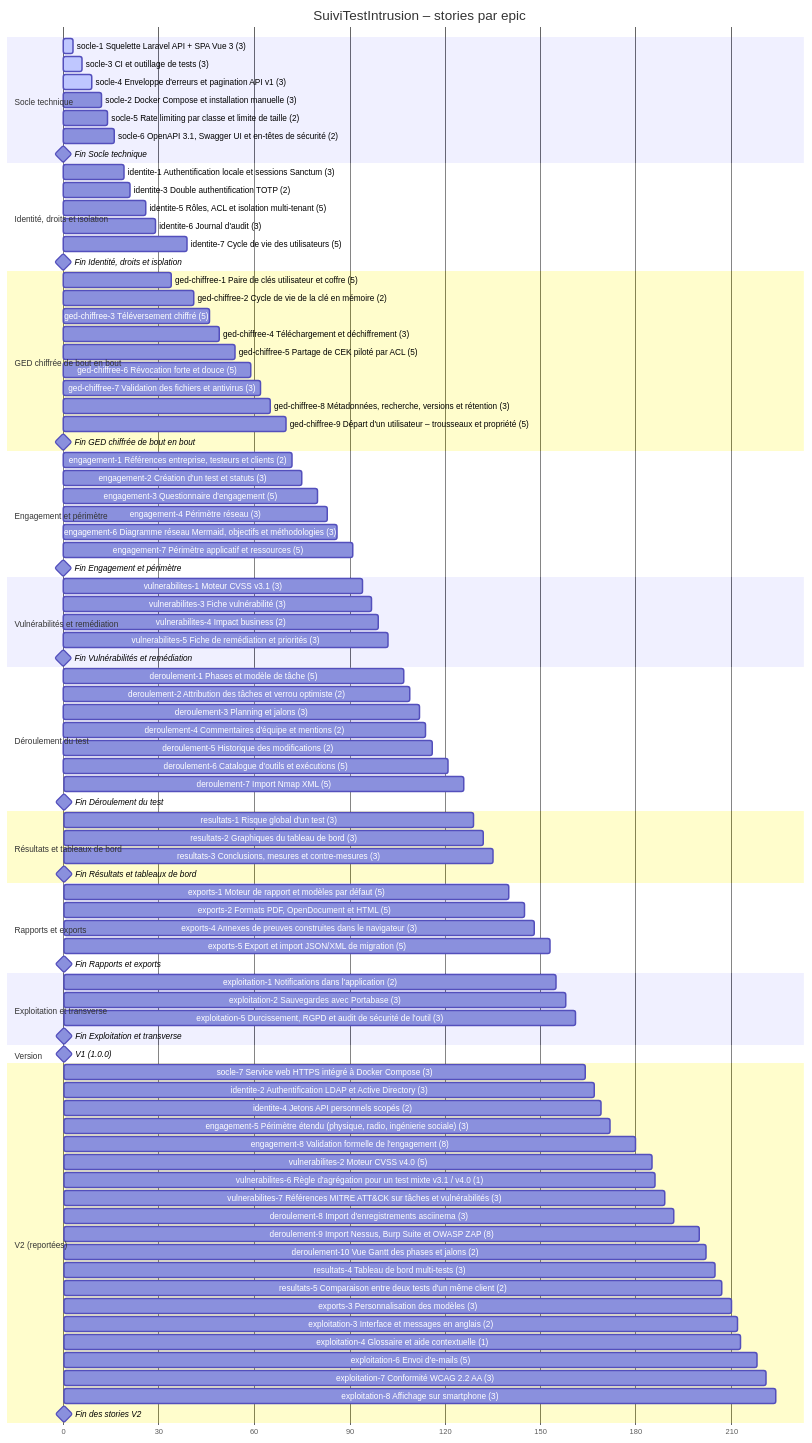
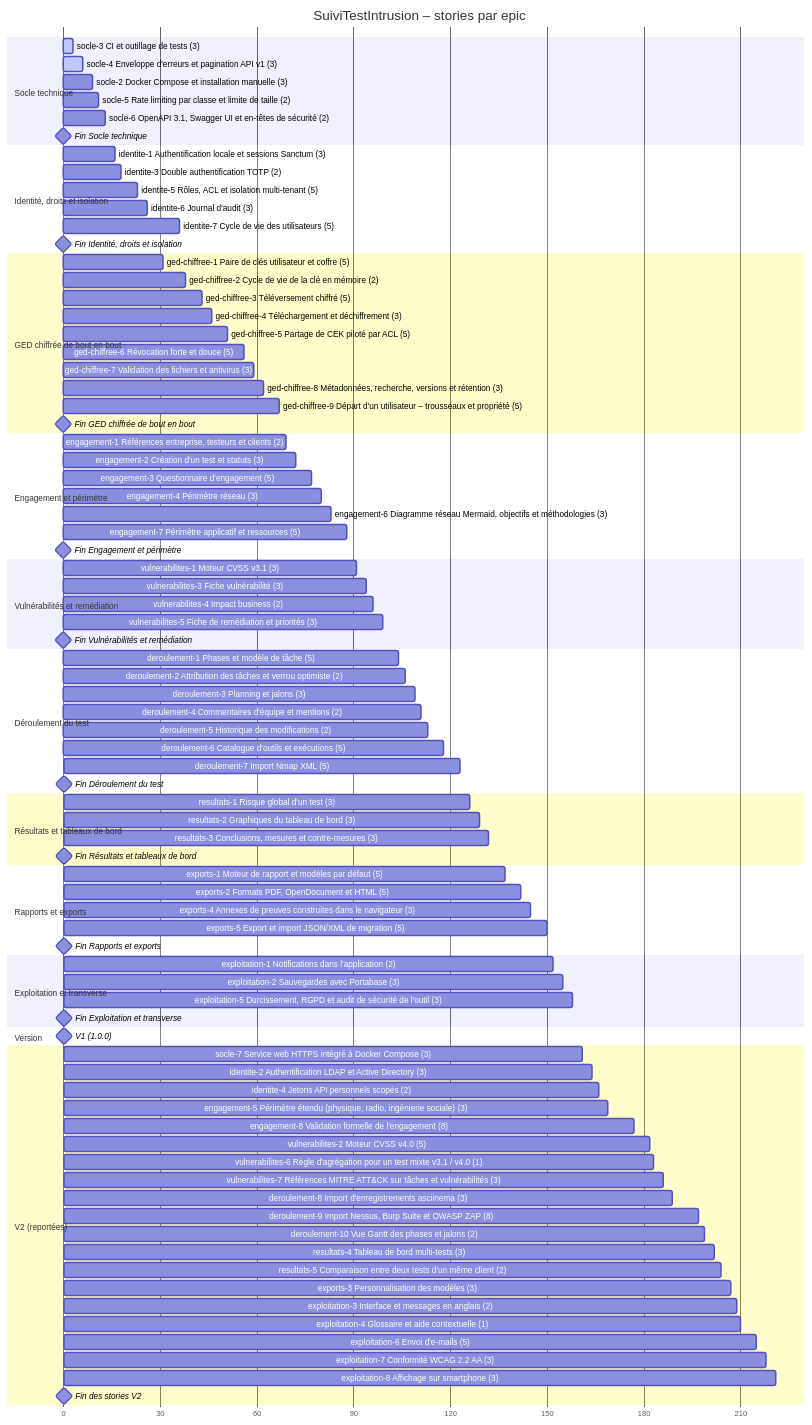
The second of 2 diagrams in docs/20-29 Développement/22 Planification/22.01 Planification du développement.md (ILPlais/SuiviTestIntrusion), drawn with Mermaid before and after one commit. The commit also changed other lines of this file and 4 other files, not shown here.

````diff
--- a/docs/20-29 Développement/22 Planification/22.01 Planification du développement.md
+++ b/docs/20-29 Développement/22 Planification/22.01 Planification du développement.md
@@ -76,91 +76,90 @@
     dateFormat X
     axisFormat %s
     section Socle technique
-    socle-1 Squelette Laravel API + SPA Vue 3 (3) :active, socle_1, 0, 3
-    socle-3 CI et outillage de tests (3) :active, socle_3, 3, 6
-    socle-4 Enveloppe d'erreurs et pagination API v1 (3) :active, socle_4, 6, 9
-    socle-2 Docker Compose et installation manuelle (3) :socle_2, 9, 12
-    socle-5 Rate limiting par classe et limite de taille (2) :socle_5, 12, 14
-    socle-6 OpenAPI 3.1, Swagger UI et en-têtes de sécurité (2) :socle_6, 14, 16
-    Fin Socle technique :milestone, m_socle, 16, 0d
+    socle-3 CI et outillage de tests (3) :active, socle_3, 0, 3
+    socle-4 Enveloppe d'erreurs et pagination API v1 (3) :active, socle_4, 3, 6
+    socle-2 Docker Compose et installation manuelle (3) :socle_2, 6, 9
+    socle-5 Rate limiting par classe et limite de taille (2) :socle_5, 9, 11
+    socle-6 OpenAPI 3.1, Swagger UI et en-têtes de sécurité (2) :socle_6, 11, 13
+    Fin Socle technique :milestone, m_socle, 13, 0d
     section Identité, droits et isolation
-    identite-1 Authentification locale et sessions Sanctum (3) :identite_1, 16, 19
-    identite-3 Double authentification TOTP (2) :identite_3, 19, 21
-    identite-5 Rôles, ACL et isolation multi-tenant (5) :identite_5, 21, 26
-    identite-6 Journal d'audit (3) :identite_6, 26, 29
-    identite-7 Cycle de vie des utilisateurs (5) :identite_7, 34, 39
-    Fin Identité, droits et isolation :milestone, m_identite, 39, 0d
+    identite-1 Authentification locale et sessions Sanctum (3) :identite_1, 13, 16
+    identite-3 Double authentification TOTP (2) :identite_3, 16, 18
+    identite-5 Rôles, ACL et isolation multi-tenant (5) :identite_5, 18, 23
+    identite-6 Journal d'audit (3) :identite_6, 23, 26
+    identite-7 Cycle de vie des utilisateurs (5) :identite_7, 31, 36
+    Fin Identité, droits et isolation :milestone, m_identite, 36, 0d
     section GED chiffrée de bout en bout
-    ged-chiffree-1 Paire de clés utilisateur et coffre (5) :ged_chiffree_1, 29, 34
-    ged-chiffree-2 Cycle de vie de la clé en mémoire (2) :ged_chiffree_2, 39, 41
-    ged-chiffree-3 Téléversement chiffré (5) :ged_chiffree_3, 41, 46
-    ged-chiffree-4 Téléchargement et déchiffrement (3) :ged_chiffree_4, 46, 49
-    ged-chiffree-5 Partage de CEK piloté par ACL (5) :ged_chiffree_5, 49, 54
-    ged-chiffree-6 Révocation forte et douce (5) :ged_chiffree_6, 54, 59
-    ged-chiffree-7 Validation des fichiers et antivirus (3) :ged_chiffree_7, 59, 62
-    ged-chiffree-8 Métadonnées, recherche, versions et rétention (3) :ged_chiffree_8, 62, 65
-    ged-chiffree-9 Départ d'un utilisateur – trousseaux et propriété (5) :ged_chiffree_9, 65, 70
-    Fin GED chiffrée de bout en bout :milestone, m_ged_chiffree, 70, 0d
+    ged-chiffree-1 Paire de clés utilisateur et coffre (5) :ged_chiffree_1, 26, 31
+    ged-chiffree-2 Cycle de vie de la clé en mémoire (2) :ged_chiffree_2, 36, 38
+    ged-chiffree-3 Téléversement chiffré (5) :ged_chiffree_3, 38, 43
+    ged-chiffree-4 Téléchargement et déchiffrement (3) :ged_chiffree_4, 43, 46
+    ged-chiffree-5 Partage de CEK piloté par ACL (5) :ged_chiffree_5, 46, 51
+    ged-chiffree-6 Révocation forte et douce (5) :ged_chiffree_6, 51, 56
+    ged-chiffree-7 Validation des fichiers et antivirus (3) :ged_chiffree_7, 56, 59
+    ged-chiffree-8 Métadonnées, recherche, versions et rétention (3) :ged_chiffree_8, 59, 62
+    ged-chiffree-9 Départ d'un utilisateur – trousseaux et propriété (5) :ged_chiffree_9, 62, 67
+    Fin GED chiffrée de bout en bout :milestone, m_ged_chiffree, 67, 0d
     section Engagement et périmètre
-    engagement-1 Références entreprise, testeurs et clients (2) :engagement_1, 70, 72
-    engagement-2 Création d'un test et statuts (3) :engagement_2, 72, 75
-    engagement-3 Questionnaire d'engagement (5) :engagement_3, 75, 80
-    engagement-4 Périmètre réseau (3) :engagement_4, 80, 83
-    engagement-6 Diagramme réseau Mermaid, objectifs et méthodologies (3) :engagement_6, 83, 86
-    engagement-7 Périmètre applicatif et ressources (5) :engagement_7, 86, 91
-    Fin Engagement et périmètre :milestone, m_engagement, 91, 0d
+    engagement-1 Références entreprise, testeurs et clients (2) :engagement_1, 67, 69
+    engagement-2 Création d'un test et statuts (3) :engagement_2, 69, 72
+    engagement-3 Questionnaire d'engagement (5) :engagement_3, 72, 77
+    engagement-4 Périmètre réseau (3) :engagement_4, 77, 80
+    engagement-6 Diagramme réseau Mermaid, objectifs et méthodologies (3) :engagement_6, 80, 83
+    engagement-7 Périmètre applicatif et ressources (5) :engagement_7, 83, 88
+    Fin Engagement et périmètre :milestone, m_engagement, 88, 0d
     section Vulnérabilités et remédiation
-    vulnerabilites-1 Moteur CVSS v3.1 (3) :vulnerabilites_1, 91, 94
-    vulnerabilites-3 Fiche vulnérabilité (3) :vulnerabilites_3, 94, 97
-    vulnerabilites-4 Impact business (2) :vulnerabilites_4, 97, 99
-    vulnerabilites-5 Fiche de remédiation et priorités (3) :vulnerabilites_5, 99, 102
-    Fin Vulnérabilités et remédiation :milestone, m_vulnerabilites, 102, 0d
+    vulnerabilites-1 Moteur CVSS v3.1 (3) :vulnerabilites_1, 88, 91
+    vulnerabilites-3 Fiche vulnérabilité (3) :vulnerabilites_3, 91, 94
+    vulnerabilites-4 Impact business (2) :vulnerabilites_4, 94, 96
+    vulnerabilites-5 Fiche de remédiation et priorités (3) :vulnerabilites_5, 96, 99
+    Fin Vulnérabilités et remédiation :milestone, m_vulnerabilites, 99, 0d
     section Déroulement du test
-    deroulement-1 Phases et modèle de tâche (5) :deroulement_1, 102, 107
-    deroulement-2 Attribution des tâches et verrou optimiste (2) :deroulement_2, 107, 109
-    deroulement-3 Planning et jalons (3) :deroulement_3, 109, 112
-    deroulement-4 Commentaires d'équipe et mentions (2) :deroulement_4, 112, 114
-    deroulement-5 Historique des modifications (2) :deroulement_5, 114, 116
-    deroulement-6 Catalogue d'outils et exécutions (5) :deroulement_6, 116, 121
-    deroulement-7 Import Nmap XML (5) :deroulement_7, 121, 126
-    Fin Déroulement du test :milestone, m_deroulement, 126, 0d
+    deroulement-1 Phases et modèle de tâche (5) :deroulement_1, 99, 104
+    deroulement-2 Attribution des tâches et verrou optimiste (2) :deroulement_2, 104, 106
+    deroulement-3 Planning et jalons (3) :deroulement_3, 106, 109
+    deroulement-4 Commentaires d'équipe et mentions (2) :deroulement_4, 109, 111
+    deroulement-5 Historique des modifications (2) :deroulement_5, 111, 113
+    deroulement-6 Catalogue d'outils et exécutions (5) :deroulement_6, 113, 118
+    deroulement-7 Import Nmap XML (5) :deroulement_7, 118, 123
+    Fin Déroulement du test :milestone, m_deroulement, 123, 0d
     section Résultats et tableaux de bord
-    resultats-1 Risque global d'un test (3) :resultats_1, 126, 129
-    resultats-2 Graphiques du tableau de bord (3) :resultats_2, 129, 132
-    resultats-3 Conclusions, mesures et contre-mesures (3) :resultats_3, 132, 135
-    Fin Résultats et tableaux de bord :milestone, m_resultats, 135, 0d
+    resultats-1 Risque global d'un test (3) :resultats_1, 123, 126
+    resultats-2 Graphiques du tableau de bord (3) :resultats_2, 126, 129
+    resultats-3 Conclusions, mesures et contre-mesures (3) :resultats_3, 129, 132
+    Fin Résultats et tableaux de bord :milestone, m_resultats, 132, 0d
     section Rapports et exports
-    exports-1 Moteur de rapport et modèles par défaut (5) :exports_1, 135, 140
-    exports-2 Formats PDF, OpenDocument et HTML (5) :exports_2, 140, 145
-    exports-4 Annexes de preuves construites dans le navigateur (3) :exports_4, 145, 148
-    exports-5 Export et import JSON/XML de migration (5) :exports_5, 148, 153
-    Fin Rapports et exports :milestone, m_exports, 153, 0d
+    exports-1 Moteur de rapport et modèles par défaut (5) :exports_1, 132, 137
+    exports-2 Formats PDF, OpenDocument et HTML (5) :exports_2, 137, 142
+    exports-4 Annexes de preuves construites dans le navigateur (3) :exports_4, 142, 145
+    exports-5 Export et import JSON/XML de migration (5) :exports_5, 145, 150
+    Fin Rapports et exports :milestone, m_exports, 150, 0d
     section Exploitation et transverse
-    exploitation-1 Notifications dans l'application (2) :exploitation_1, 153, 155
-    exploitation-2 Sauvegardes avec Portabase (3) :exploitation_2, 155, 158
-    exploitation-5 Durcissement, RGPD et audit de sécurité de l'outil (3) :exploitation_5, 158, 161
-    Fin Exploitation et transverse :milestone, m_exploitation, 161, 0d
+    exploitation-1 Notifications dans l'application (2) :exploitation_1, 150, 152
+    exploitation-2 Sauvegardes avec Portabase (3) :exploitation_2, 152, 155
+    exploitation-5 Durcissement, RGPD et audit de sécurité de l'outil (3) :exploitation_5, 155, 158
+    Fin Exploitation et transverse :milestone, m_exploitation, 158, 0d
     section Version
-    V1 (1.0.0) :milestone, v1d, 161, 0d
+    V1 (1.0.0) :milestone, v1d, 158, 0d
     section V2 (reportées)
-    socle-7 Service web HTTPS intégré à Docker Compose (3) :socle_7, 161, 164
-    identite-2 Authentification LDAP et Active Directory (3) :identite_2, 164, 167
-    identite-4 Jetons API personnels scopés (2) :identite_4, 167, 169
-    engagement-5 Périmètre étendu (physique, radio, ingénierie sociale) (3) :engagement_5, 169, 172
-    engagement-8 Validation formelle de l'engagement (8) :engagement_8, 172, 180
-    vulnerabilites-2 Moteur CVSS v4.0 (5) :vulnerabilites_2, 180, 185
-    vulnerabilites-6 Règle d'agrégation pour un test mixte v3.1 / v4.0 (1) :vulnerabilites_6, 185, 186
-    vulnerabilites-7 Références MITRE ATT&CK sur tâches et vulnérabilités (3) :vulnerabilites_7, 186, 189
-    deroulement-8 Import d'enregistrements asciinema (3) :deroulement_8, 189, 192
-    deroulement-9 Import Nessus, Burp Suite et OWASP ZAP (8) :deroulement_9, 192, 200
-    deroulement-10 Vue Gantt des phases et jalons (2) :deroulement_10, 200, 202
-    resultats-4 Tableau de bord multi-tests (3) :resultats_4, 202, 205
-    resultats-5 Comparaison entre deux tests d'un même client (2) :resultats_5, 205, 207
-    exports-3 Personnalisation des modèles (3) :exports_3, 207, 210
-    exploitation-3 Interface et messages en anglais (2) :exploitation_3, 210, 212
-    exploitation-4 Glossaire et aide contextuelle (1) :exploitation_4, 212, 213
-    exploitation-6 Envoi d'e-mails (5) :exploitation_6, 213, 218
-    exploitation-7 Conformité WCAG 2.2 AA (3) :exploitation_7, 218, 221
-    exploitation-8 Affichage sur smartphone (3) :exploitation_8, 221, 224
-    Fin des stories V2 :milestone, v2d, 224, 0d
+    socle-7 Service web HTTPS intégré à Docker Compose (3) :socle_7, 158, 161
+    identite-2 Authentification LDAP et Active Directory (3) :identite_2, 161, 164
+    identite-4 Jetons API personnels scopés (2) :identite_4, 164, 166
+    engagement-5 Périmètre étendu (physique, radio, ingénierie sociale) (3) :engagement_5, 166, 169
+    engagement-8 Validation formelle de l'engagement (8) :engagement_8, 169, 177
+    vulnerabilites-2 Moteur CVSS v4.0 (5) :vulnerabilites_2, 177, 182
+    vulnerabilites-6 Règle d'agrégation pour un test mixte v3.1 / v4.0 (1) :vulnerabilites_6, 182, 183
+    vulnerabilites-7 Références MITRE ATT&CK sur tâches et vulnérabilités (3) :vulnerabilites_7, 183, 186
+    deroulement-8 Import d'enregistrements asciinema (3) :deroulement_8, 186, 189
+    deroulement-9 Import Nessus, Burp Suite et OWASP ZAP (8) :deroulement_9, 189, 197
+    deroulement-10 Vue Gantt des phases et jalons (2) :deroulement_10, 197, 199
+    resultats-4 Tableau de bord multi-tests (3) :resultats_4, 199, 202
+    resultats-5 Comparaison entre deux tests d'un même client (2) :resultats_5, 202, 204
+    exports-3 Personnalisation des modèles (3) :exports_3, 204, 207
+    exploitation-3 Interface et messages en anglais (2) :exploitation_3, 207, 209
+    exploitation-4 Glossaire et aide contextuelle (1) :exploitation_4, 209, 210
+    exploitation-6 Envoi d'e-mails (5) :exploitation_6, 210, 215
+    exploitation-7 Conformité WCAG 2.2 AA (3) :exploitation_7, 215, 218
+    exploitation-8 Affichage sur smartphone (3) :exploitation_8, 218, 221
+    Fin des stories V2 :milestone, v2d, 221, 0d
 ```
````
